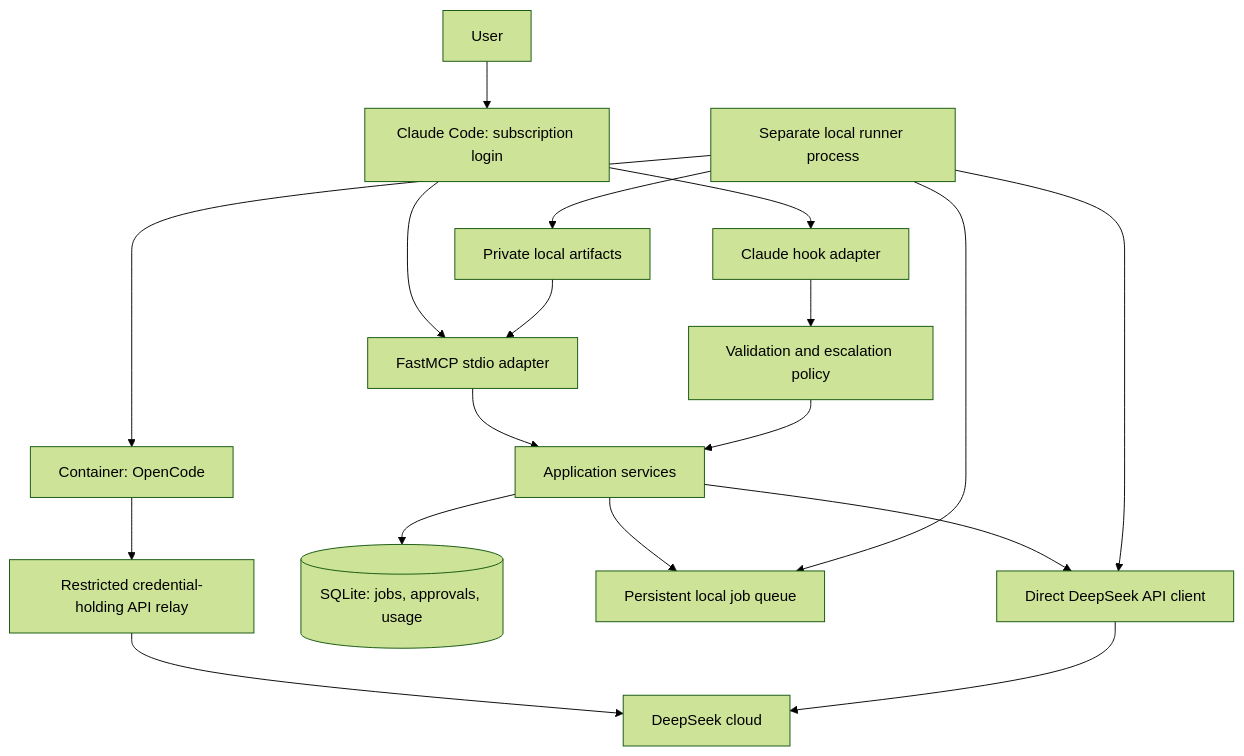
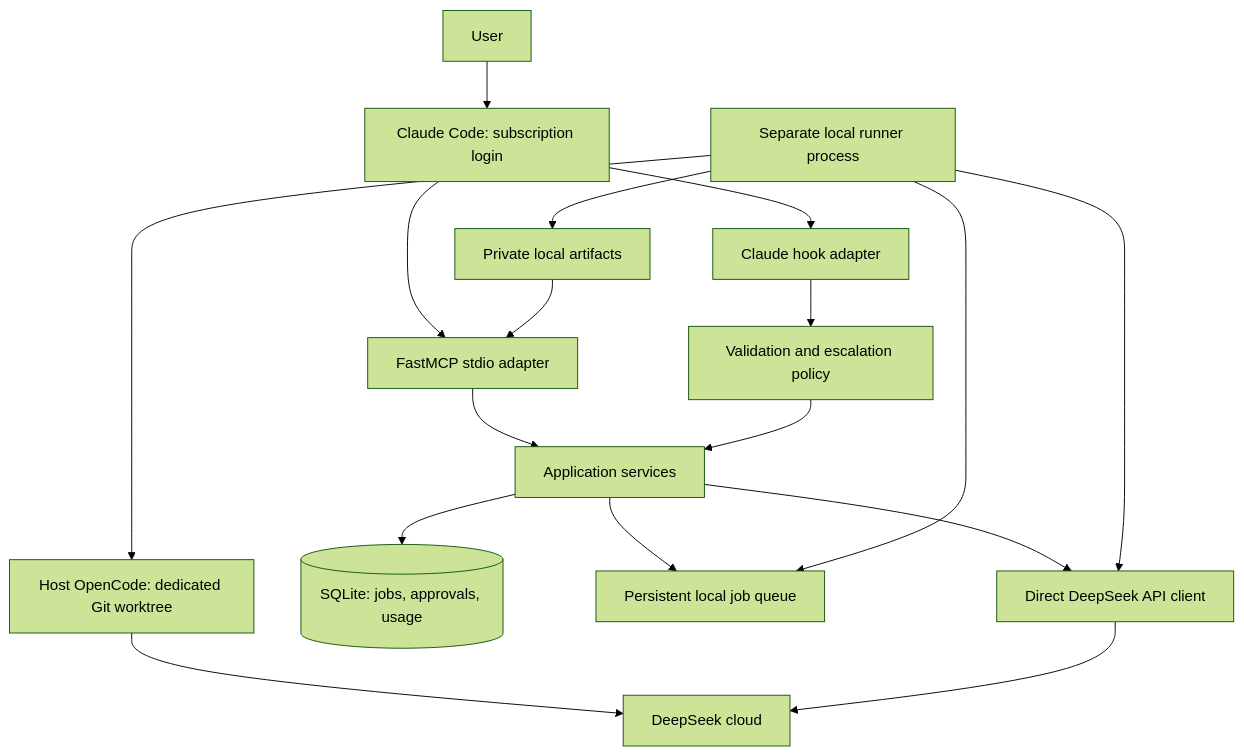
The diagram in docs/architecture.md (bfarkas/deepseek-bridge), drawn with Mermaid (forest theme) before and after one commit. The commit also changed other lines of this file and 11 other files, not shown here.

Commit message:
docs: run OpenCode on host in dedicated worktrees

````diff
--- a/docs/architecture.md
+++ b/docs/architecture.md
@@ -15,20 +15,19 @@
 ```mermaid
 flowchart TD
     User[User] --> Claude[Claude Code: subscription login]
     Claude --> MCP[FastMCP stdio adapter]
     Claude --> Hook[Claude hook adapter]
     Hook --> Policy[Validation and escalation policy]
     MCP --> Core[Application services]
     Policy --> Core
     Core --> API[Direct DeepSeek API client]
     Core --> DB[(SQLite: jobs, approvals, usage)]
     Core --> Queue[Persistent local job queue]
     Runner[Separate local runner process] --> Queue
     Runner --> API
-    Runner --> Sandbox[Container: OpenCode]
-    Sandbox --> Relay[Restricted credential-holding API relay]
-    Relay --> DeepSeek[DeepSeek cloud]
+    Runner --> Worker[Host OpenCode: dedicated Git worktree]
+    Worker --> DeepSeek[DeepSeek cloud]
     API --> DeepSeek
     Runner --> Artifacts[Private local artifacts]
     Artifacts --> MCP
 ```
````
